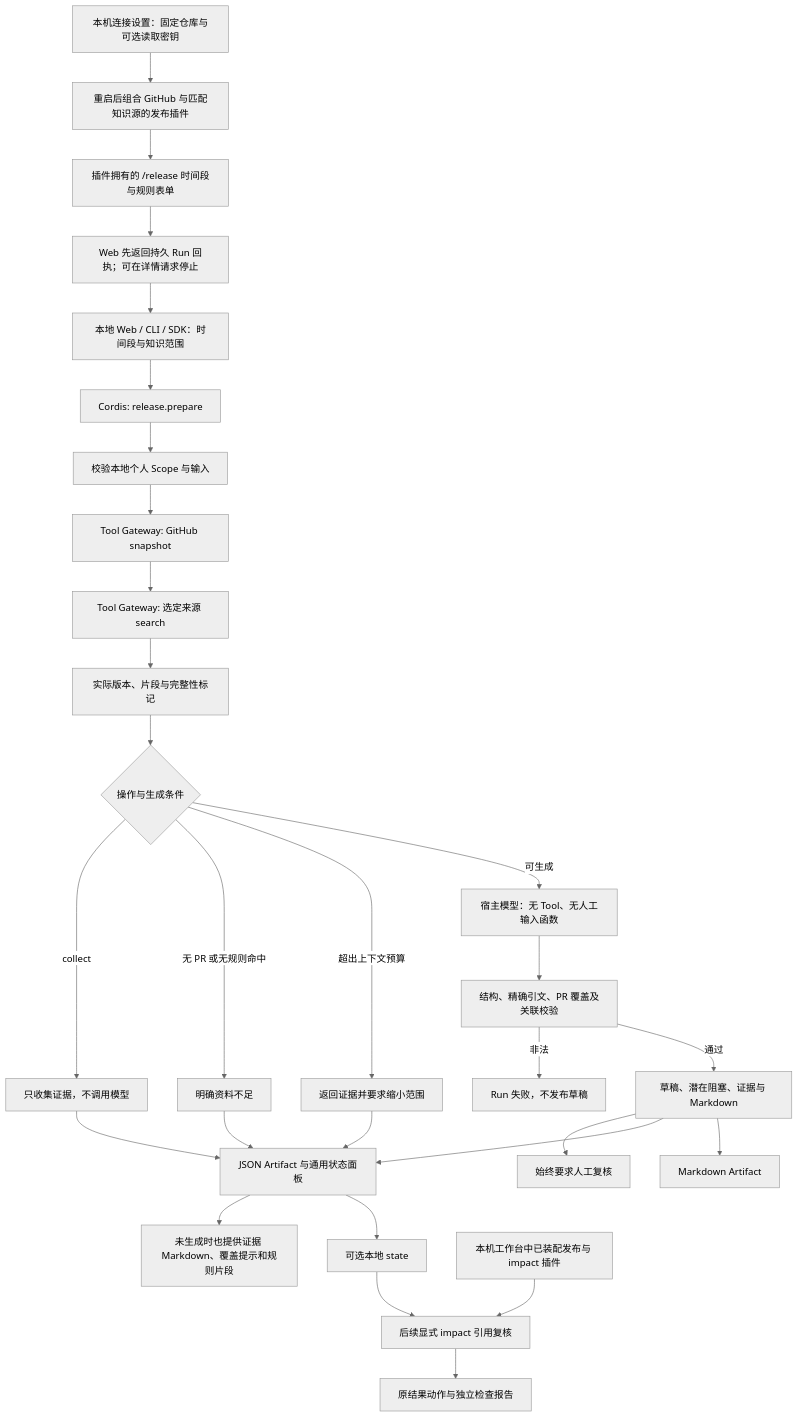
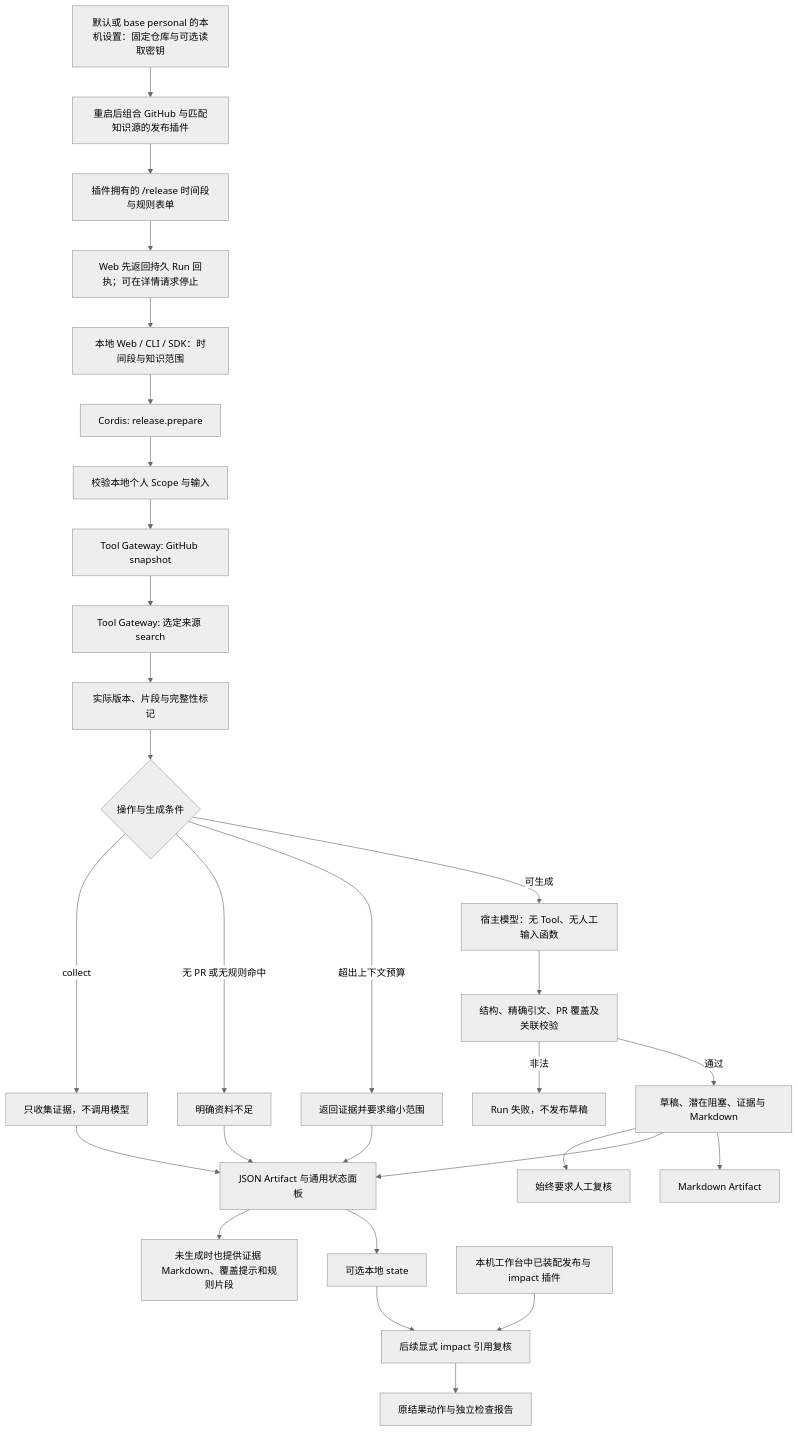
The first of 3 diagrams in backend/src/domains/release/FEATURE.md (KlayPeter/AI-Delivery-Ops-Agent), drawn with Mermaid (neutral theme) before and after one commit. The commit also changed other lines of this file and 31 other files, not shown here.

````diff
--- a/backend/src/domains/release/FEATURE.md
+++ b/backend/src/domains/release/FEATURE.md
@@ -22,31 +22,31 @@
 ```mermaid
 flowchart TD
-    UISET[本机连接设置：固定仓库与可选读取密钥] --> BOOT[重启后组合 GitHub 与匹配知识源的发布插件]
+    UISET[默认或 base personal 的本机设置：固定仓库与可选读取密钥] --> BOOT[重启后组合 GitHub 与匹配知识源的发布插件]
     BOOT --> PAGE[插件拥有的 /release 时间段与规则表单]
     PAGE --> ACK[Web 先返回持久 Run 回执；可在详情请求停止]
     ACK --> U[本地 Web / CLI / SDK：时间段与知识范围]
     U --> P[Cordis: release.prepare]
     P --> V[校验本地个人 Scope 与输入]
     V --> G[Tool Gateway: GitHub snapshot]
     G --> K[Tool Gateway: 选定来源 search]
     K --> E[实际版本、片段与完整性标记]
     E --> C{操作与生成条件}
     C -- collect --> O[只收集证据，不调用模型]
     C -- 无 PR 或无规则命中 --> I[明确资料不足]
     C -- 超出上下文预算 --> R[返回证据并要求缩小范围]
     C -- 可生成 --> M[宿主模型：无 Tool、无人工输入函数]
     M --> A[结构、精确引文、PR 覆盖及关联校验]
     A -- 非法 --> F[Run 失败，不发布草稿]
     A -- 通过 --> D[草稿、潜在阻塞、证据与 Markdown]
     D --> H[始终要求人工复核]
     O --> J[JSON Artifact 与通用状态面板]
     I --> J
     R --> J
     J --> EMD[未生成时也提供证据 Markdown、覆盖提示和规则片段]
     D --> J
     D --> MD[Markdown Artifact]
     J --> ST[可选本地 state]
     ST --> IC[后续显式 impact 引用复核]
     UI[本机工作台中已装配发布与 impact 插件] --> IC
     IC --> VIEW[原结果动作与独立检查报告]
 ```
````
